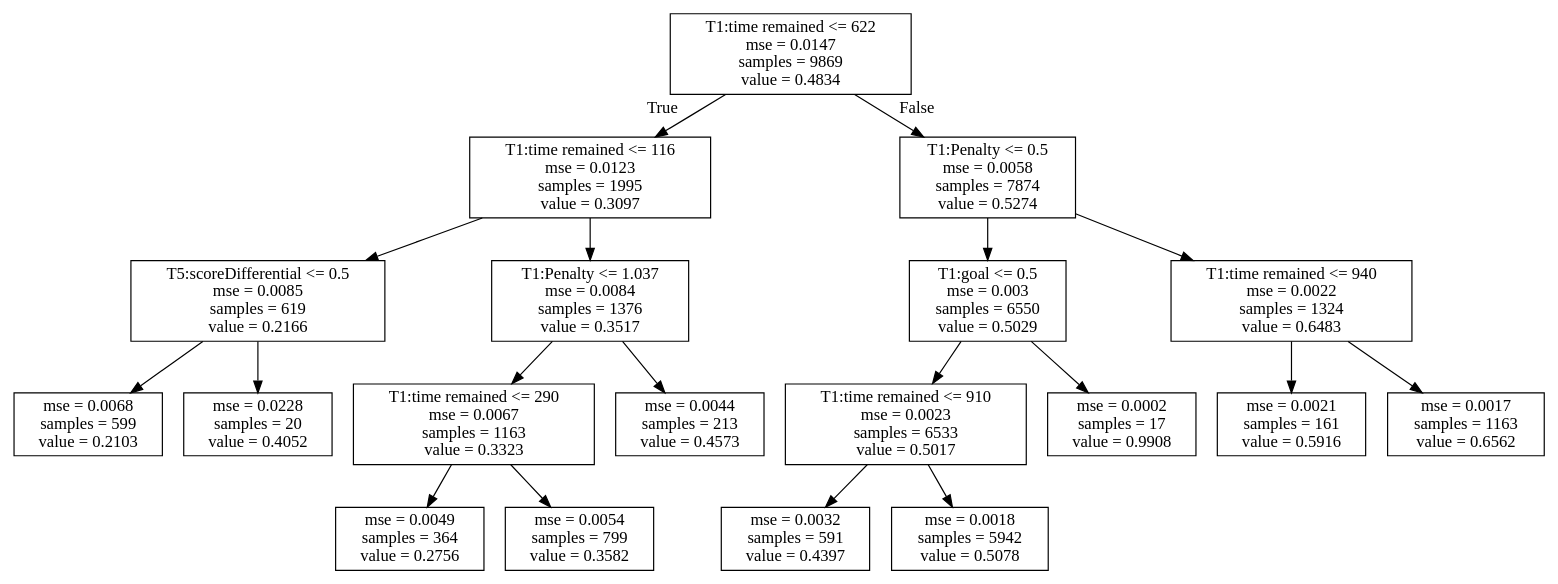
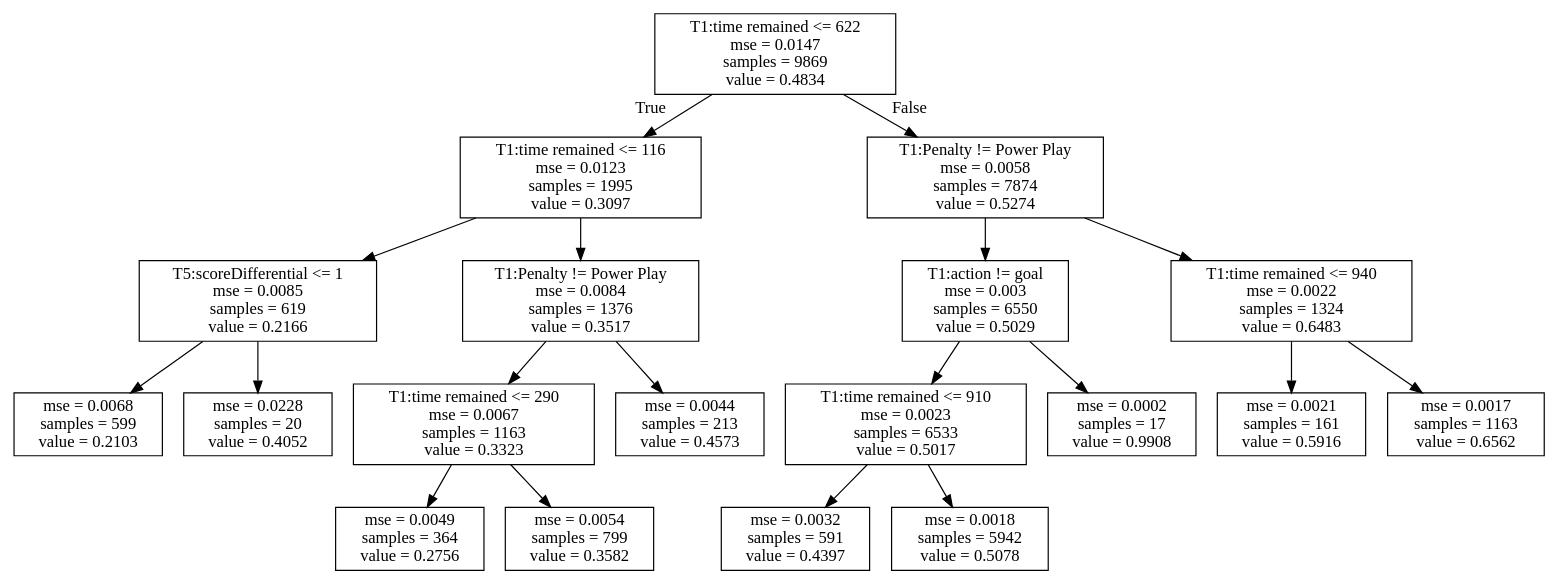
One commit to Guiliang/Sport-Analytic-NN changed the diagram in td_three_prediction_lstm_v_correct_dir/decision-tree/sequence-Taylor Hall-tree-depth3-max_leaf10-2018-08-28-transed.dot. Above: the diagram before and after it, drawn with Graphviz. The commit also changed 20 other files, not shown here.

```diff
--- a/td_three_prediction_lstm_v_correct_dir/decision-tree/sequence-Taylor Hall-tree-depth3-max_leaf10-2018-08-28-transed.dot
+++ b/td_three_prediction_lstm_v_correct_dir/decision-tree/sequence-Taylor Hall-tree-depth3-max_leaf10-2018-08-28-transed.dot
@@ -1,40 +1,40 @@
 digraph Tree {
 node [shape=box] ;
 0 [label="T1:time remained <= 622\nmse = 0.0147\nsamples = 9869\nvalue = 0.4834"] ;
 1 [label="T1:time remained <= 116\nmse = 0.0123\nsamples = 1995\nvalue = 0.3097"] ;
 0 -> 1 [labeldistance=2.5, labelangle=45, headlabel="True"] ;
-5 [label="T5:scoreDifferential <= 0.5\nmse = 0.0085\nsamples = 619\nvalue = 0.2166"] ;
+5 [label="T5:scoreDifferential <= 1\nmse = 0.0085\nsamples = 619\nvalue = 0.2166"] ;
 1 -> 5 ;
 15 [label="mse = 0.0068\nsamples = 599\nvalue = 0.2103"] ;
 5 -> 15 ;
 16 [label="mse = 0.0228\nsamples = 20\nvalue = 0.4052"] ;
 5 -> 16 ;
-6 [label="T1:Penalty <= 1.037\nmse = 0.0084\nsamples = 1376\nvalue = 0.3517"] ;
+6 [label="T1:Penalty != Power Play\nmse = 0.0084\nsamples = 1376\nvalue = 0.3517"] ;
 1 -> 6 ;
 9 [label="T1:time remained <= 290\nmse = 0.0067\nsamples = 1163\nvalue = 0.3323"] ;
 6 -> 9 ;
 13 [label="mse = 0.0049\nsamples = 364\nvalue = 0.2756"] ;
 9 -> 13 ;
 14 [label="mse = 0.0054\nsamples = 799\nvalue = 0.3582"] ;
 9 -> 14 ;
 10 [label="mse = 0.0044\nsamples = 213\nvalue = 0.4573"] ;
 6 -> 10 ;
-2 [label="T1:Penalty <= 0.5\nmse = 0.0058\nsamples = 7874\nvalue = 0.5274"] ;
+2 [label="T1:Penalty != Power Play\nmse = 0.0058\nsamples = 7874\nvalue = 0.5274"] ;
 0 -> 2 [labeldistance=2.5, labelangle=-45, headlabel="False"] ;
-3 [label="T1:goal <= 0.5\nmse = 0.003\nsamples = 6550\nvalue = 0.5029"] ;
+3 [label="T1:action != goal\nmse = 0.003\nsamples = 6550\nvalue = 0.5029"] ;
 2 -> 3 ;
 7 [label="T1:time remained <= 910\nmse = 0.0023\nsamples = 6533\nvalue = 0.5017"] ;
 3 -> 7 ;
 11 [label="mse = 0.0032\nsamples = 591\nvalue = 0.4397"] ;
 7 -> 11 ;
 12 [label="mse = 0.0018\nsamples = 5942\nvalue = 0.5078"] ;
 7 -> 12 ;
 8 [label="mse = 0.0002\nsamples = 17\nvalue = 0.9908"] ;
 3 -> 8 ;
 4 [label="T1:time remained <= 940\nmse = 0.0022\nsamples = 1324\nvalue = 0.6483"] ;
 2 -> 4 ;
 17 [label="mse = 0.0021\nsamples = 161\nvalue = 0.5916"] ;
 4 -> 17 ;
 18 [label="mse = 0.0017\nsamples = 1163\nvalue = 0.6562"] ;
 4 -> 18 ;
 }
```
